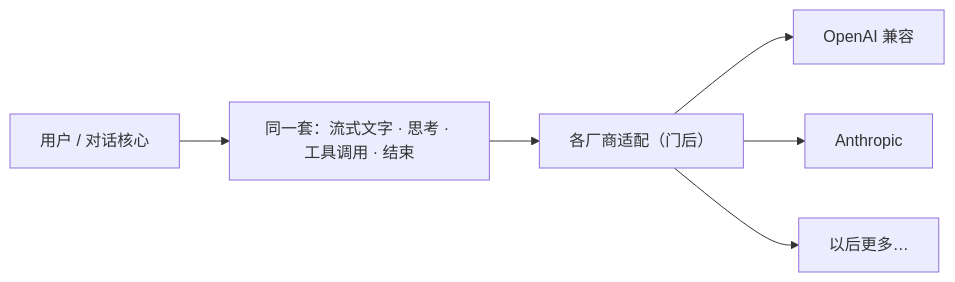
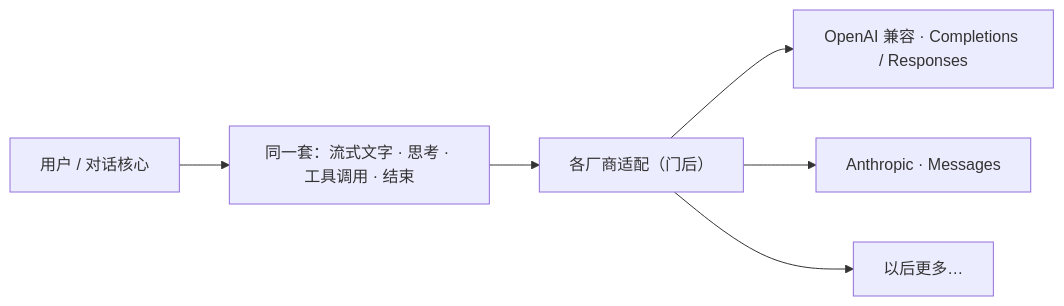
Before and after one commit to StrayDragon/xylitol: the diagram in docs/architecture/多厂商模型.md, drawn with Mermaid. The commit also changed other lines of this file and 31 other files, not shown here.

````diff
--- a/docs/architecture/多厂商模型.md
+++ b/docs/architecture/多厂商模型.md
@@ -10,8 +10,8 @@
 ```mermaid
 flowchart LR
   User["用户 / 对话核心"] --> Same["同一套：流式文字 · 思考 · 工具调用 · 结束"]
   Same --> Adapters["各厂商适配（门后）"]
-  Adapters --> A["OpenAI 兼容"]
-  Adapters --> B["Anthropic"]
+  Adapters --> A["OpenAI 兼容 · Completions / Responses"]
+  Adapters --> B["Anthropic · Messages"]
   Adapters --> C["以后更多…"]
 ```
````
